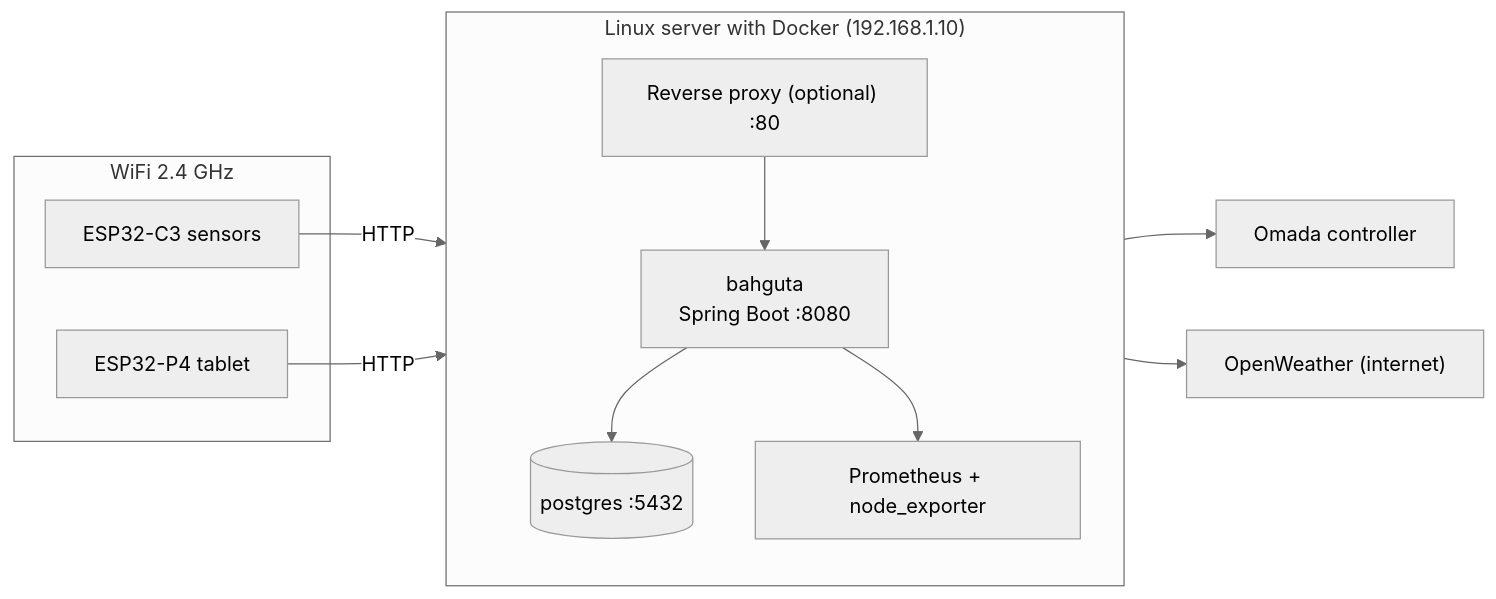
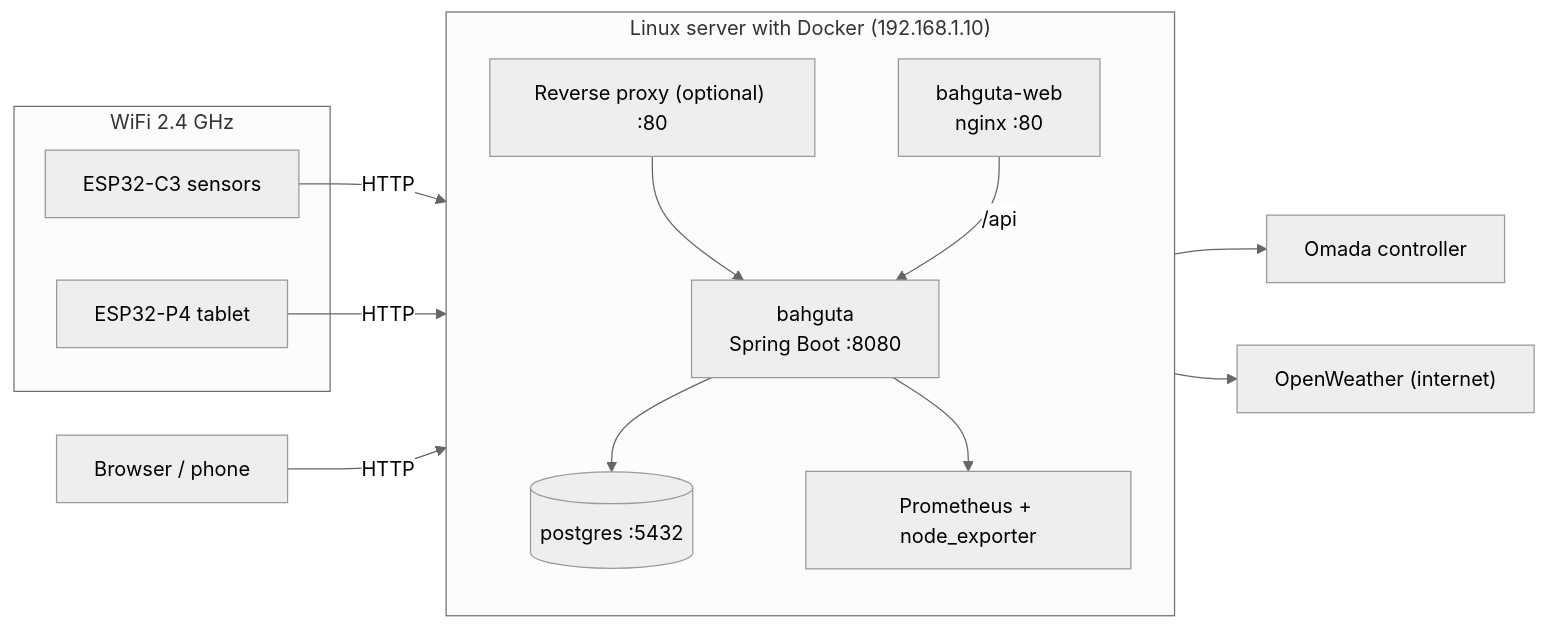
The diagram in docs/NETWORK.md (bahguta/bahguta-Homelab), drawn with Mermaid (neutral theme) before and after one commit. The commit also changed other lines of this file and 91 other files, not shown here.

Commit message:
add web version of bahguta homelab

````diff
--- a/docs/NETWORK.md
+++ b/docs/NETWORK.md
@@ -7,23 +7,25 @@
 ```mermaid
 flowchart LR
     subgraph WiFi["WiFi 2.4 GHz"]
         S["ESP32-C3 sensors"]
         T["ESP32-P4 tablet"]
     end
     subgraph Server["Linux server with Docker (192.168.1.10)"]
         direction TB
         API["bahguta<br/>Spring Boot :8080"]
         PG[("postgres :5432")]
         PROM["Prometheus + node_exporter"]
         RP["Reverse proxy (optional) :80"]
+        WEB["bahguta-web<br/>nginx :80"]
     end
     OM["Omada controller"]
     OW["OpenWeather (internet)"]
 
     S -->|HTTP| API
     T -->|HTTP| RP --> API
+    B["Browser / phone"] -->|HTTP| WEB -->|"/api"| API
     API --> PG
     API --> PROM
     API --> OM
     API --> OW
 ```
````
